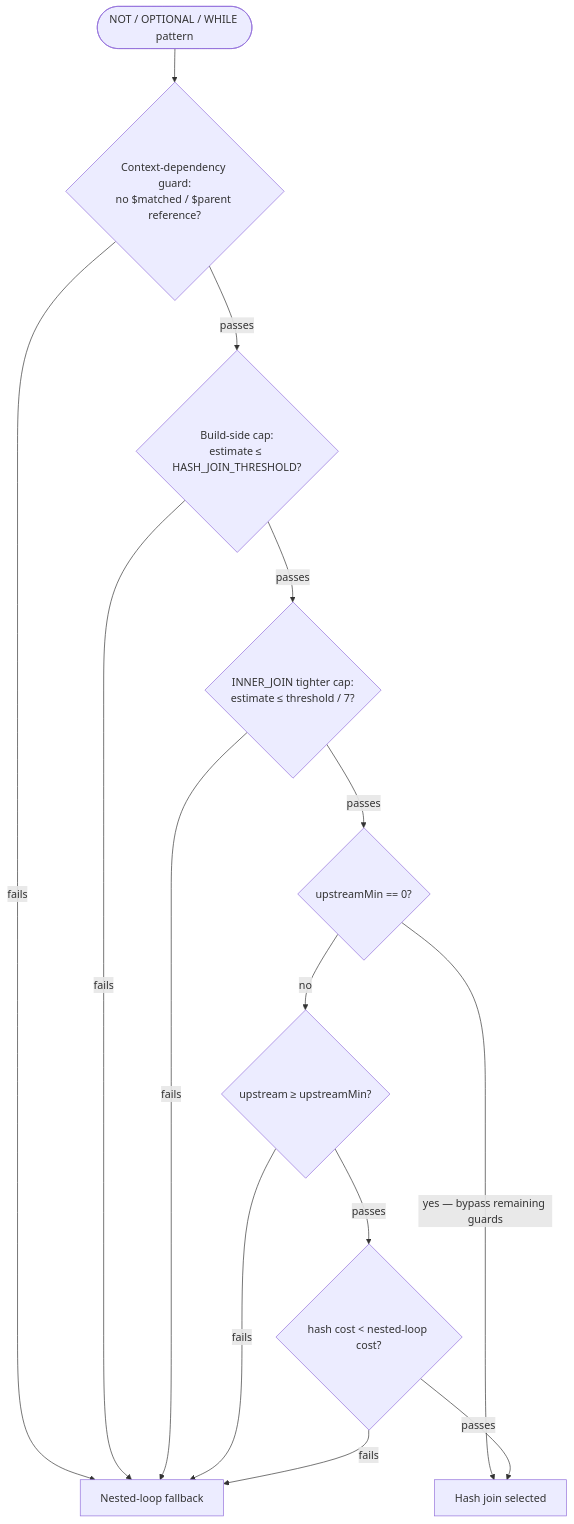
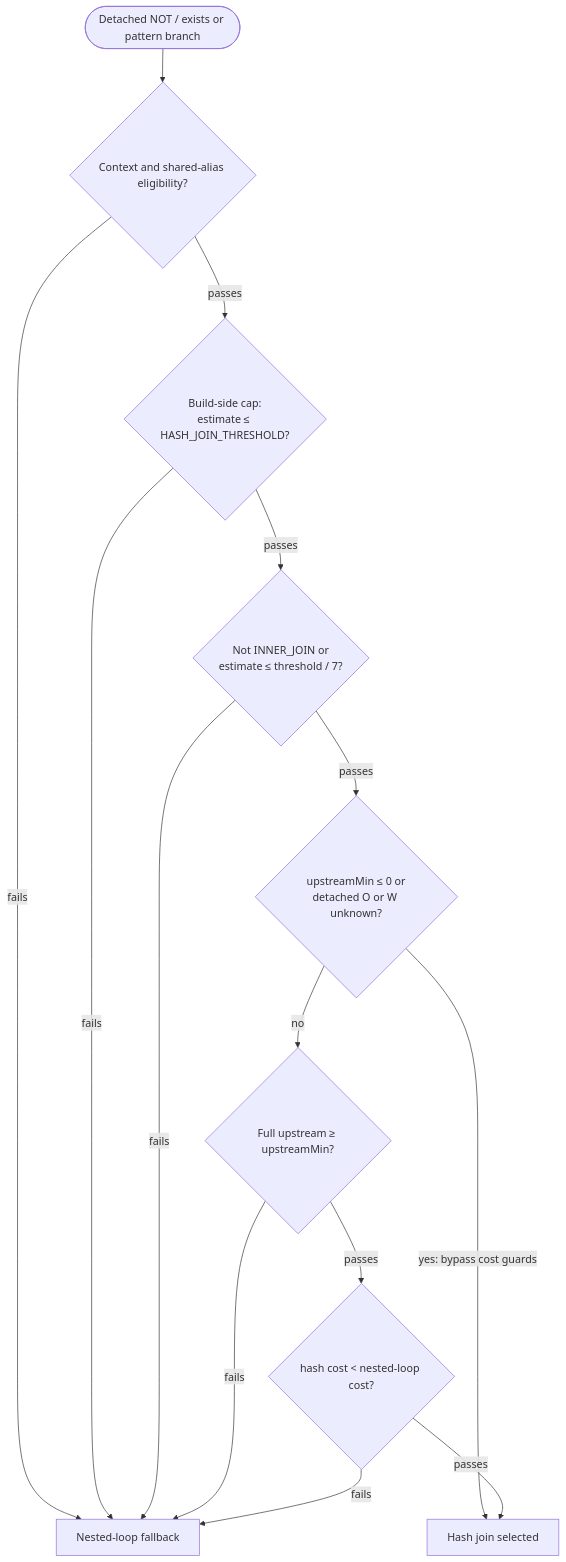
One commit to JetBrains/youtrackdb changed the diagram in docs/yql-internals-book/chapters/13-hash-joins.md. Above: the diagram before and after it, drawn with Mermaid. The commit also changed other lines of this file and 3 other files, not shown here.

First line of the commit message:
Track 3: Internals book: hash joins, EXPLAIN and reference

````diff
--- a/docs/yql-internals-book/chapters/13-hash-joins.md
+++ b/docs/yql-internals-book/chapters/13-hash-joins.md
@@ -87,16 +89,16 @@
 ```mermaid
 flowchart TB
-    Start([NOT / OPTIONAL / WHILE pattern]) --> G0{Context-dependency guard:\nno $matched / $parent reference?}
+    Start([Detached NOT / exists or pattern branch]) --> G0{Context and shared-alias eligibility?}
     G0 -->|fails| NL[Nested-loop fallback]
     G0 -->|passes| G1{Build-side cap:\nestimate ≤ HASH_JOIN_THRESHOLD?}
     G1 -->|fails| NL
-    G1 -->|passes| G1b{INNER_JOIN tighter cap:\nestimate ≤ threshold / 7?}
+    G1 -->|passes| G1b{Not INNER_JOIN or\nestimate ≤ threshold / 7?}
     G1b -->|fails| NL
-    G1b -->|passes| G2{upstreamMin == 0?}
-    G2 -->|yes — bypass remaining guards| HJ[Hash join selected]
-    G2 -->|no| G3{upstream ≥ upstreamMin?}
+    G1b -->|passes| G2{upstreamMin ≤ 0 or\ndetached O or W unknown?}
+    G2 -->|yes: bypass cost guards| HJ[Hash join selected]
+    G2 -->|no| G3{Full upstream ≥ upstreamMin?}
     G3 -->|fails| NL
     G3 -->|passes| G4{hash cost < nested-loop cost?}
     G4 -->|fails| NL
     G4 -->|passes| HJ
 ```
````
